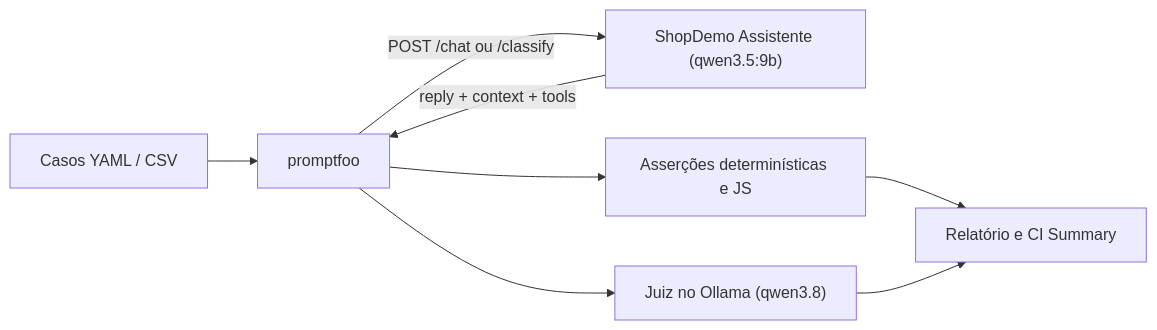
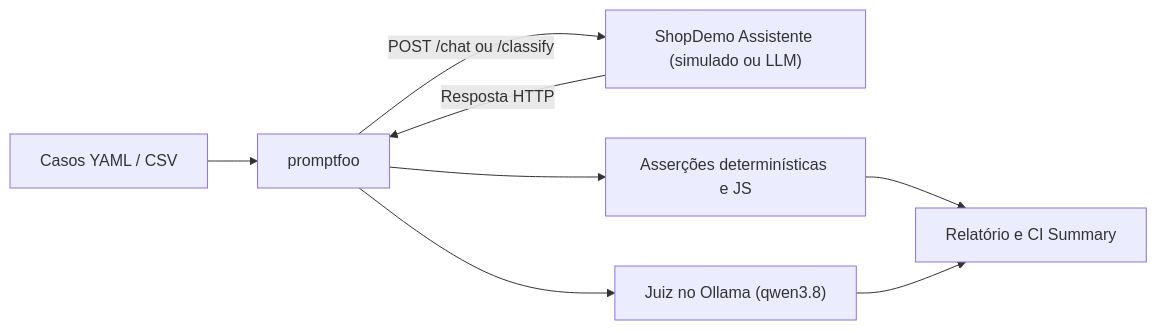
One commit to DouglasAntoni0/curso-testes-ia-promptfoo changed the diagram in README.md. Above: the diagram before and after it, drawn with Mermaid. The commit also changed other lines of this file, not shown here.

````diff
--- a/README.md
+++ b/README.md
@@ -81,10 +85,10 @@
 ```mermaid
 flowchart LR
     A[Casos YAML / CSV] --> B[promptfoo]
-    B -->|POST /chat ou /classify| C["ShopDemo Assistente (qwen3.5:9b)"]
-    C -->|reply + context + tools| B
+    B -->|POST /chat ou /classify| C["ShopDemo Assistente (simulado ou LLM)"]
+    C -->|Resposta HTTP| B
     B --> D[Asserções determinísticas e JS]
     B --> E["Juiz no Ollama (qwen3.8)"]
     D --> F[Relatório e CI Summary]
     E --> F
 ```
````
